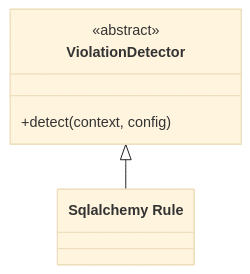
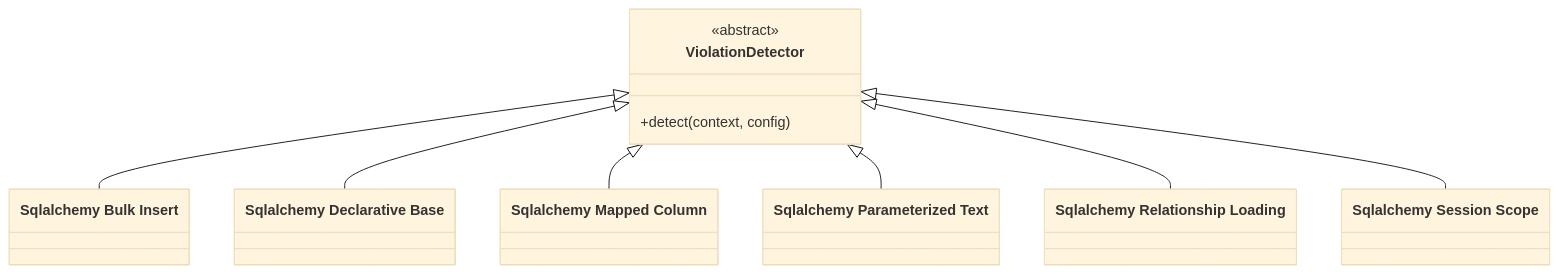
One commit to Anselmoo/mcp-zen-of-languages changed the second of 4 diagrams in docs/user-guide/frameworks/sqlalchemy.md. Above: the diagram before and after it, drawn with Mermaid. The commit also changed other lines of this file and 41 other files, not shown here.

````diff
--- a/docs/user-guide/frameworks/sqlalchemy.md
+++ b/docs/user-guide/frameworks/sqlalchemy.md
@@ -151,11 +181,21 @@
     ```mermaid
     %%{init: {"theme": "base"}}%%
     classDiagram
         direction TB
         class ViolationDetector {
             <<abstract>>
             +detect(context, config)
         }
-        class det_01["Sqlalchemy Rule"]
+        class det_01["Sqlalchemy Bulk Insert"]
         ViolationDetector <|-- det_01
+        class det_02["Sqlalchemy Declarative Base"]
+        ViolationDetector <|-- det_02
+        class det_03["Sqlalchemy Mapped Column"]
+        ViolationDetector <|-- det_03
+        class det_04["Sqlalchemy Parameterized Text"]
+        ViolationDetector <|-- det_04
+        class det_05["Sqlalchemy Relationship Loading"]
+        ViolationDetector <|-- det_05
+        class det_06["Sqlalchemy Session Scope"]
+        ViolationDetector <|-- det_06
     ```
````
